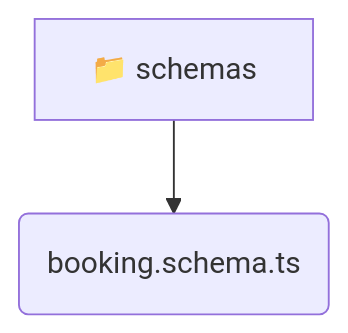
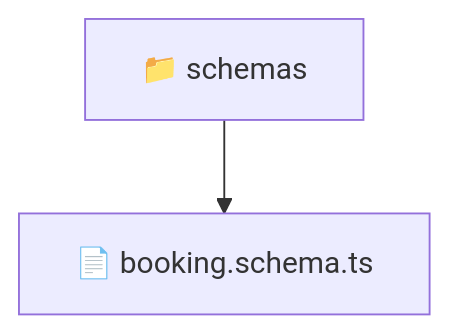
The diagram in backend/src/modules/booking/infrastructure/schemas/README.md (beginwebdev2002/fullstack-mavluda), drawn with Mermaid before and after one commit. The commit also changed other lines of this file and 163 other files, not shown here.

````diff
--- a/backend/src/modules/booking/infrastructure/schemas/README.md
+++ b/backend/src/modules/booking/infrastructure/schemas/README.md
@@ -9,5 +10,5 @@
 ```mermaid
 graph TD
-  schemas[📁 schemas]
-  schemas --> schemas_booking_schema_ts(booking.schema.ts)
+  Root["📁 schemas"]
+  Root --> bookingschemats["📄 booking.schema.ts"]
 ```
````
